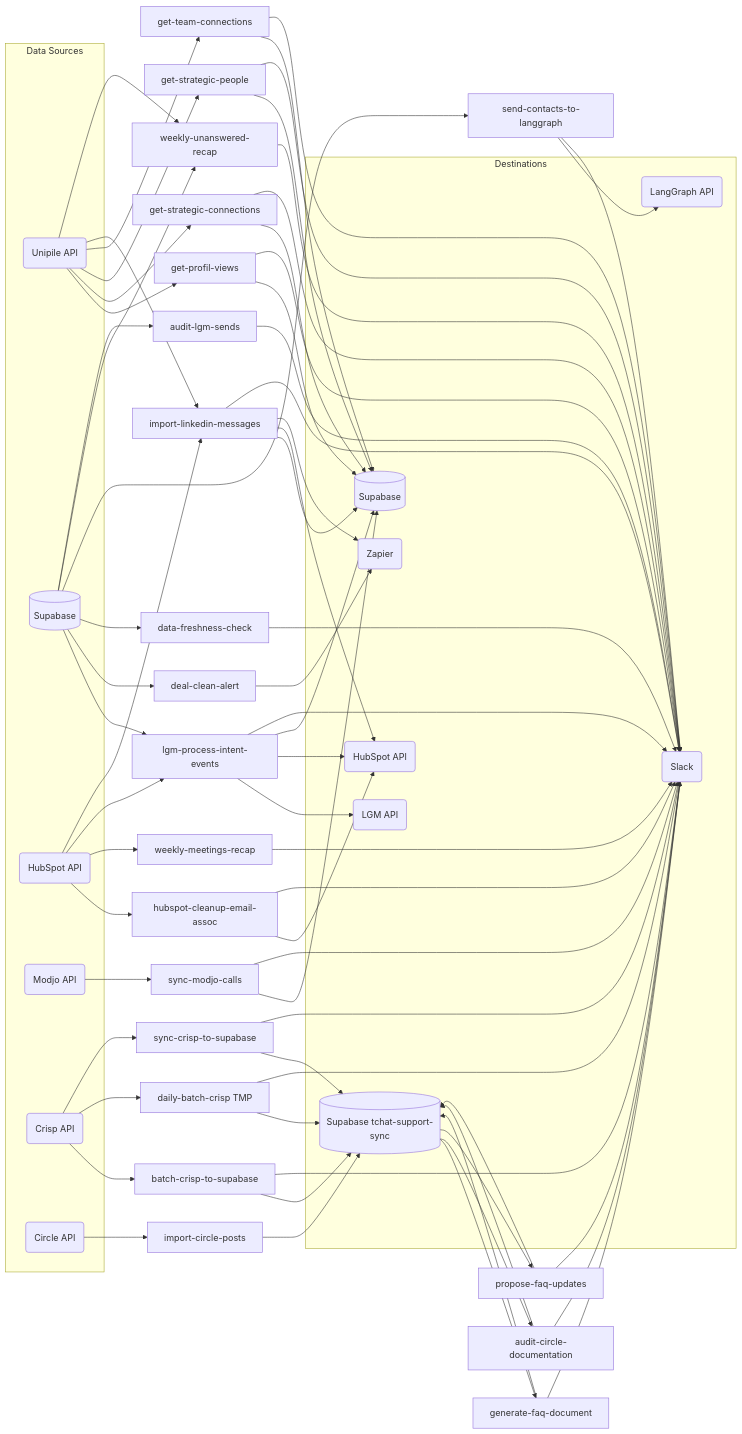
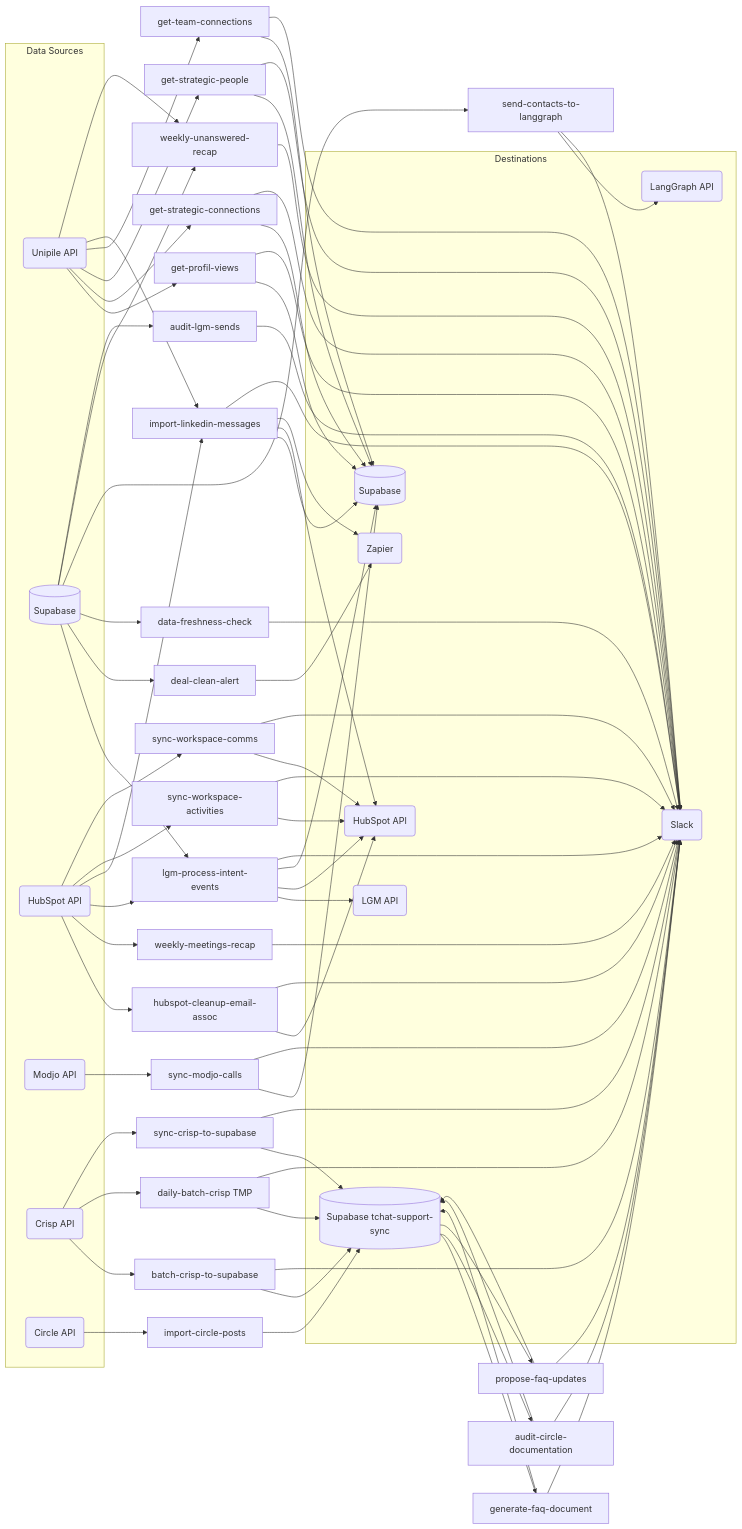
One commit to AirSaas/linkedin-scrapp changed the first of 24 diagrams in CLAUDE.md. Above: the diagram before and after it, drawn with Mermaid. The commit also changed other lines of this file and 4 other files, not shown here.

First line of the commit message:
Add workspace sync tasks — migrate GAS to Trigger.dev

````diff
--- a/CLAUDE.md
+++ b/CLAUDE.md
@@ -57,56 +62,58 @@
 ```mermaid
 flowchart LR
     subgraph src ["Data Sources"]
         UN(Unipile API)
         SB[(Supabase)]
         HS_I(HubSpot API)
         MJ(Modjo API)
         CR(Crisp API)
         CI(Circle API)
     end
 
     subgraph dst ["Destinations"]
         LGM_O(LGM API)
         HS_O(HubSpot API)
         SB_O[(Supabase)]
         SB_CR[(Supabase tchat-support-sync)]
         SL(Slack)
         ZP(Zapier)
         LG(LangGraph API)
     end
 
     UN --> GPV[get-profil-views] & GSC[get-strategic-connections] & GSP[get-strategic-people] & GTC[get-team-connections] & ILM[import-linkedin-messages]
     SB --> LPI[lgm-process-intent-events] & DCA[deal-clean-alert] & DFC[data-freshness-check] & SCL[send-contacts-to-langgraph]
-    HS_I --> HCE[hubspot-cleanup-email-assoc] & WMR[weekly-meetings-recap] & LPI & ILM
+    HS_I --> HCE[hubspot-cleanup-email-assoc] & WMR[weekly-meetings-recap] & LPI & ILM & SWA[sync-workspace-activities] & SWC[sync-workspace-comms]
     MJ --> SMC[sync-modjo-calls]
     CR --> BCS[batch-crisp-to-supabase] & DBCS[daily-batch-crisp TMP] & SCS[sync-crisp-to-supabase]
     SB --> WUR[weekly-unanswered-recap]
     UN --> WUR
 
     GPV --> SB_O & SL
     GSC --> SB_O & SL
     GSP --> SB_O & SL
     GTC --> SB_O & SL
     LPI --> LGM_O & HS_O & SB_O & SL
     SB --> ALS[audit-lgm-sends]
     ALS --> SL
     HCE --> HS_O & SL
+    SWA --> HS_O & SL
+    SWC --> HS_O & SL
     ILM --> SB_O & HS_O & ZP & SL
     WMR --> SL
     DCA --> ZP
     DFC --> SL
     SMC --> SB_O & SL
     SCL --> LG & SL
     BCS --> SB_CR & SL
     DBCS --> SB_CR & SL
     SCS --> SB_CR & SL
     CI --> ICP[import-circle-posts]
     ICP --> SB_CR
     SB_CR --> GFD[generate-faq-document]
     GFD --> SB_CR & SL
     SB_CR --> ACD[audit-circle-documentation]
     ACD --> SB_CR & SL
     SB_CR --> PFU[propose-faq-updates]
     PFU --> SB_CR & SL
     WUR --> SL
 ```
````
